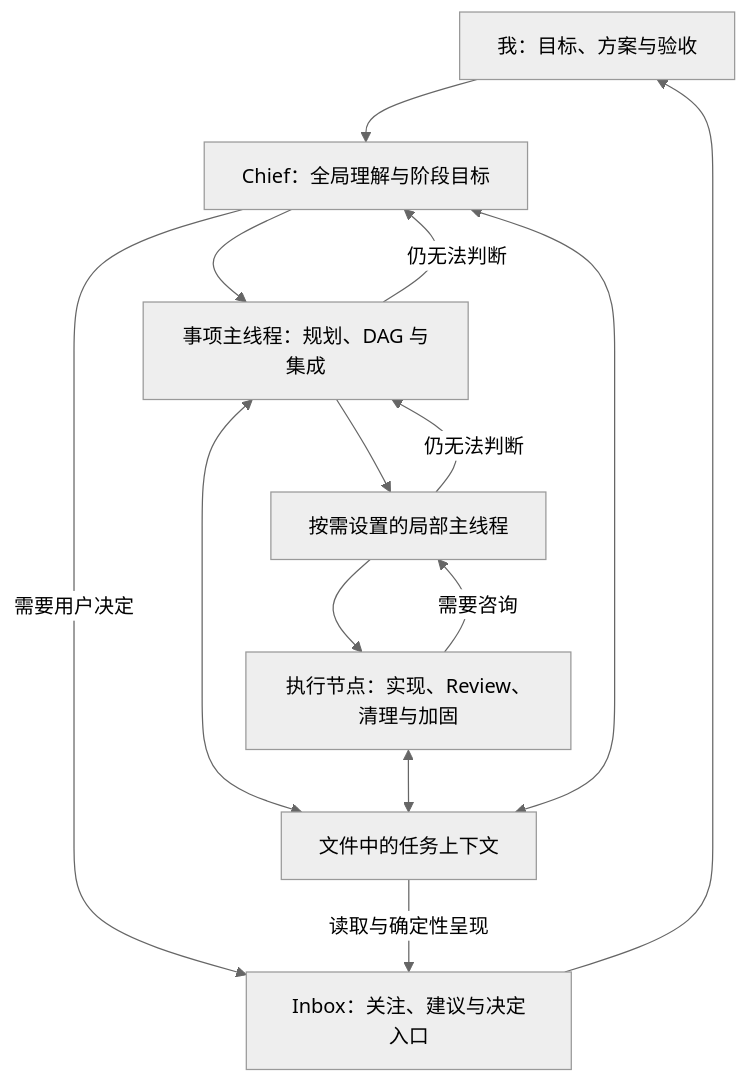
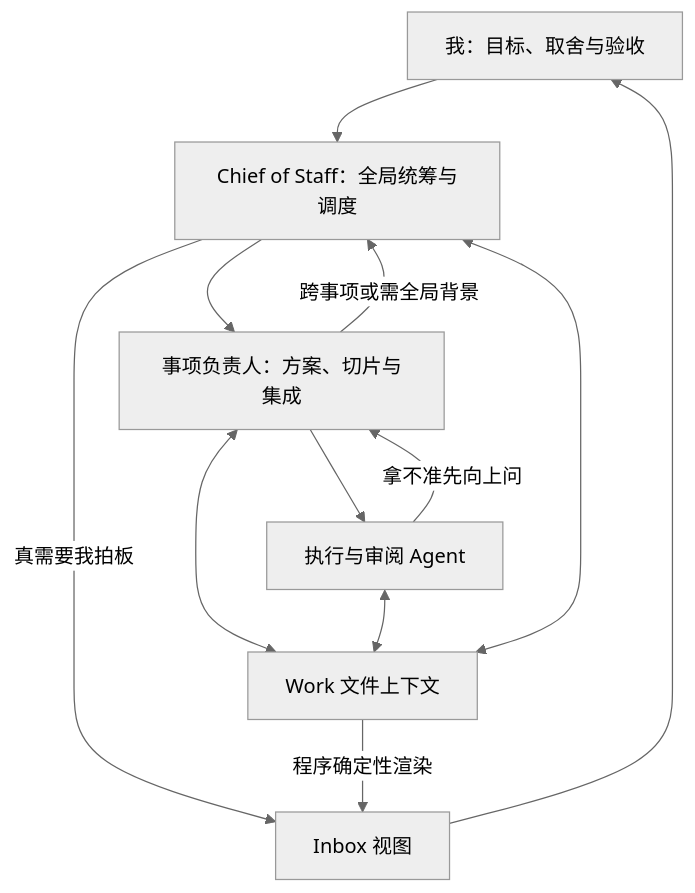
The diagram in design.md (albert-zen/workspace), drawn with Mermaid (neutral theme) before and after one commit. The commit also changed other lines of this file and 68 other files, not shown here.

Commit message:
feat: upgrade workspace rules, SQLite Inbox, dual-track memory, and live autosaving Review Workbench

````diff
--- a/design.md
+++ b/design.md
@@ -40,16 +22,14 @@
 ```mermaid
 flowchart TD
-    User[我：目标、方案与验收] --> Chief[Chief：全局理解与阶段目标]
-    Chief --> Main[事项主线程：规划、DAG 与集成]
-    Main --> Local[按需设置的局部主线程]
-    Local --> Worker[执行节点：实现、Review、清理与加固]
-    Worker -->|需要咨询| Local
-    Local -->|仍无法判断| Main
-    Main -->|仍无法判断| Chief
-    Chief -->|需要用户决定| Inbox[Inbox：关注、建议与决定入口]
+    User[我：目标、取舍与验收] --> Chief[Chief of Staff：全局统筹与调度]
+    Chief --> Lead[事项负责人：方案、切片与集成]
+    Lead --> Worker[执行与审阅 Agent]
+    Worker -->|拿不准先向上问| Lead
+    Lead -->|跨事项或需全局背景| Chief
+    Chief -->|真需要我拍板| Inbox[Inbox 视图]
     Inbox --> User
-    Main <--> Context[文件中的任务上下文]
+    Lead <--> Context[Work 文件上下文]
     Worker <--> Context
     Chief <--> Context
-    Context -->|读取与确定性呈现| Inbox
+    Context -->|程序确定性渲染| Inbox
 ```
````
